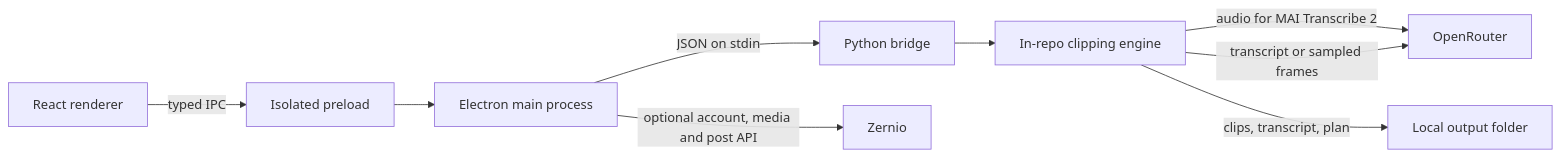
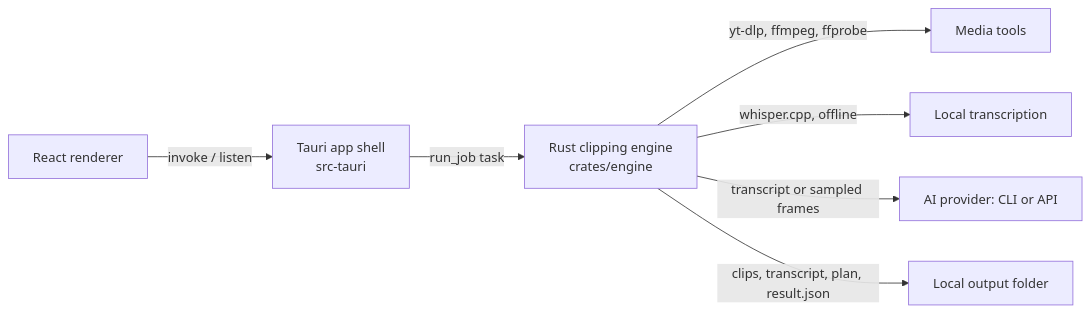
Before and after one commit to ultramenid/clipward: the diagram in docs/ARCHITECTURE.md, drawn with Mermaid. The commit also changed other lines of this file and 171 other files, not shown here.

First line of the commit message:
Remove the Electron shell and Python engine

````diff
--- a/docs/ARCHITECTURE.md
+++ b/docs/ARCHITECTURE.md
@@ -3,11 +3,9 @@
 ```mermaid
 flowchart LR
-  UI[React renderer] -->|typed IPC| Preload[Isolated preload]
-  Preload --> Main[Electron main process]
-  Main -->|JSON on stdin| Bridge[Python bridge]
-  Bridge --> Engine[In-repo clipping engine]
-  Engine -->|audio for MAI Transcribe 2| OpenRouter
-  Engine -->|transcript or sampled frames| OpenRouter
-  Engine -->|clips, transcript, plan| Library[Local output folder]
-  Main -->|optional account, media and post API| Zernio[Zernio]
+  UI[React renderer] -->|invoke / listen| Shell[Tauri app shell<br/>src-tauri]
+  Shell -->|run_job task| Engine[Rust clipping engine<br/>crates/engine]
+  Engine -->|yt-dlp, ffmpeg, ffprobe| Tools[Media tools]
+  Engine -->|whisper.cpp, offline| Whisper[Local transcription]
+  Engine -->|transcript or sampled frames| AI[AI provider: CLI or API]
+  Engine -->|clips, transcript, plan, result.json| Library[Local output folder]
 ```
````
